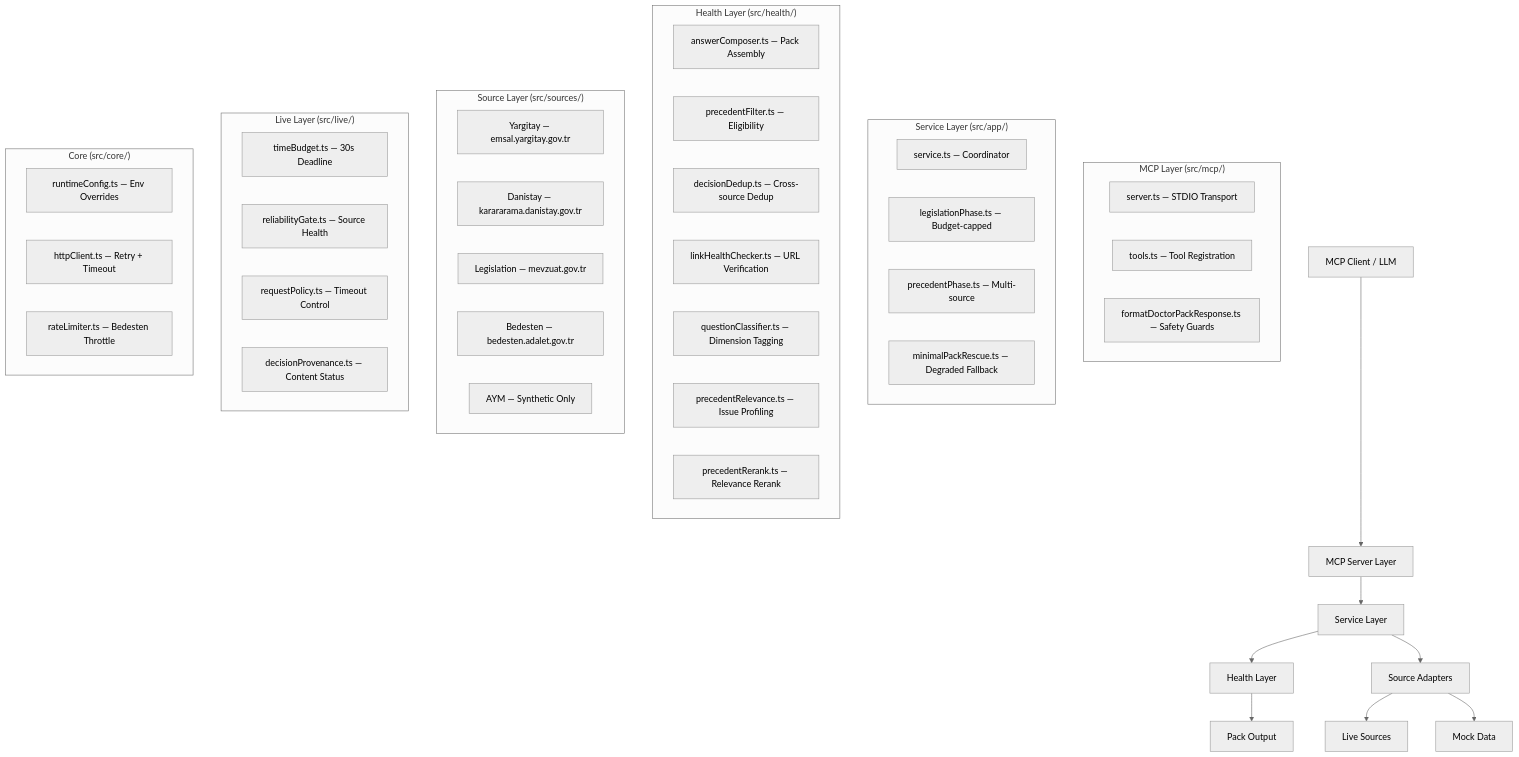
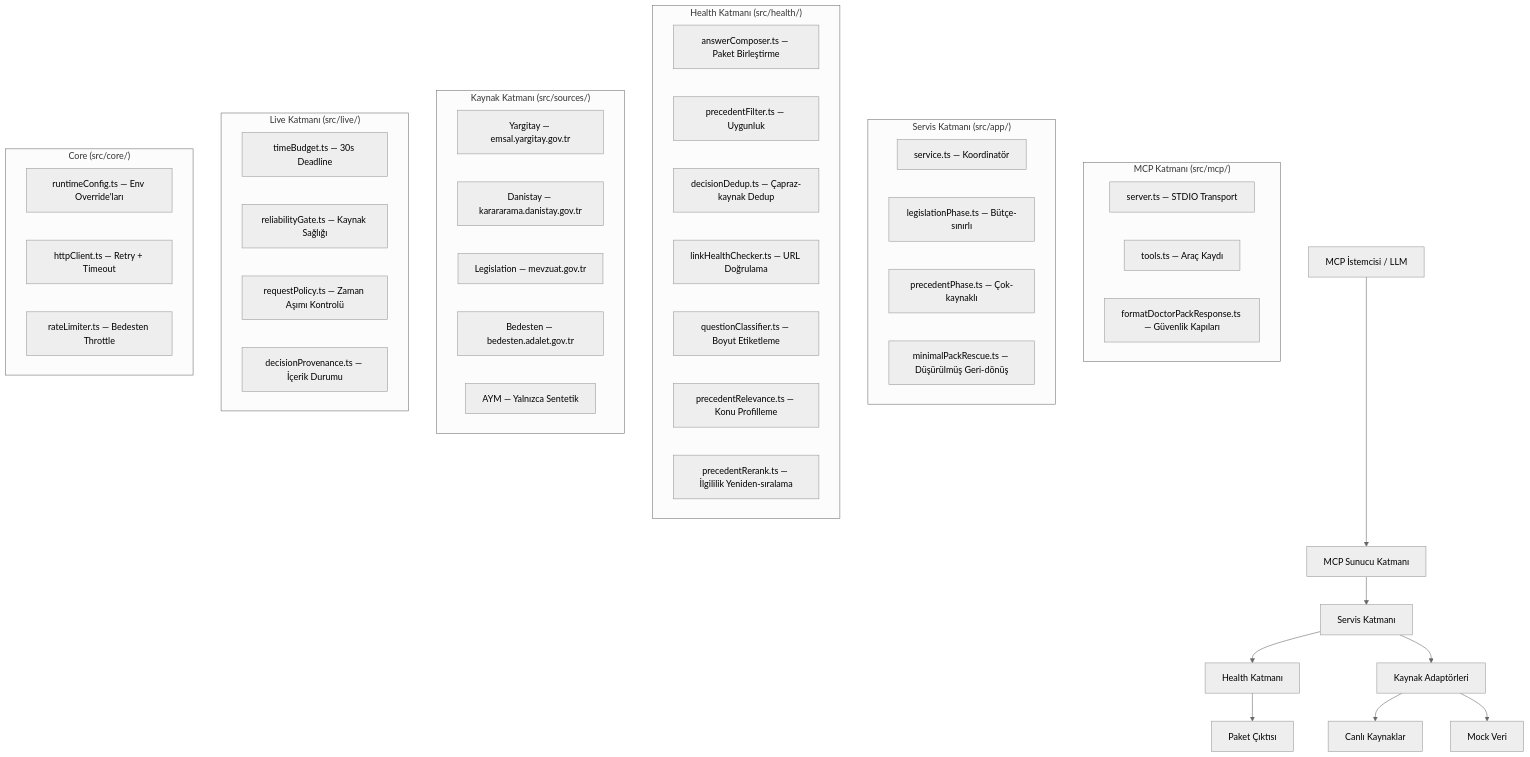
One commit to brachindul/doktor-mcp changed the first of 2 diagrams in docs/ARCHITECTURE.md. Above: the diagram before and after it, drawn with Mermaid (neutral theme). The commit also changed other lines of this file and 3 other files, not shown here.

Commit message:
docs(i18n): translate ARCHITECTURE, LIVE_SOURCE_CALIBRATION, PACK_AUDIT, SECURITY_REVIEW to Turkish

````diff
--- a/docs/ARCHITECTURE.md
+++ b/docs/ARCHITECTURE.md
@@ -11,54 +11,54 @@
 ```mermaid
 graph TD
-    A[MCP Client / LLM] --> B[MCP Server Layer]
-    B --> C[Service Layer]
-    C --> D[Health Layer]
-    C --> E[Source Adapters]
-    E --> F[Live Sources]
-    E --> G[Mock Data]
-    D --> H[Pack Output]
+    A[MCP İstemcisi / LLM] --> B[MCP Sunucu Katmanı]
+    B --> C[Servis Katmanı]
+    C --> D[Health Katmanı]
+    C --> E[Kaynak Adaptörleri]
+    E --> F[Canlı Kaynaklar]
+    E --> G[Mock Veri]
+    D --> H[Paket Çıktısı]
 
-    subgraph "MCP Layer (src/mcp/)"
+    subgraph "MCP Katmanı (src/mcp/)"
         B1[server.ts — STDIO Transport]
-        B2[tools.ts — Tool Registration]
-        B3[formatDoctorPackResponse.ts — Safety Guards]
+        B2[tools.ts — Araç Kaydı]
+        B3[formatDoctorPackResponse.ts — Güvenlik Kapıları]
     end
 
-    subgraph "Service Layer (src/app/)"
-        C1[service.ts — Coordinator]
-        C2[legislationPhase.ts — Budget-capped]
-        C3[precedentPhase.ts — Multi-source]
-        C4[minimalPackRescue.ts — Degraded Fallback]
+    subgraph "Servis Katmanı (src/app/)"
+        C1[service.ts — Koordinatör]
+        C2[legislationPhase.ts — Bütçe-sınırlı]
+        C3[precedentPhase.ts — Çok-kaynaklı]
+        C4[minimalPackRescue.ts — Düşürülmüş Geri-dönüş]
     end
 
-    subgraph "Health Layer (src/health/)"
-        D1[answerComposer.ts — Pack Assembly]
-        D2[precedentFilter.ts — Eligibility]
-        D3[decisionDedup.ts — Cross-source Dedup]
-        D4[linkHealthChecker.ts — URL Verification]
-        D5[questionClassifier.ts — Dimension Tagging]
-        D6[precedentRelevance.ts — Issue Profiling]
-        D7[precedentRerank.ts — Relevance Rerank]
+    subgraph "Health Katmanı (src/health/)"
+        D1[answerComposer.ts — Paket Birleştirme]
+        D2[precedentFilter.ts — Uygunluk]
+        D3[decisionDedup.ts — Çapraz-kaynak Dedup]
+        D4[linkHealthChecker.ts — URL Doğrulama]
+        D5[questionClassifier.ts — Boyut Etiketleme]
+        D6[precedentRelevance.ts — Konu Profilleme]
+        D7[precedentRerank.ts — İlgililik Yeniden-sıralama]
     end
 
-    subgraph "Source Layer (src/sources/)"
+    subgraph "Kaynak Katmanı (src/sources/)"
         E1[Yargitay — emsal.yargitay.gov.tr]
         E2[Danistay — karararama.danistay.gov.tr]
         E3[Legislation — mevzuat.gov.tr]
         E4[Bedesten — bedesten.adalet.gov.tr]
-        E5[AYM — Synthetic Only]
+        E5[AYM — Yalnızca Sentetik]
     end
 
-    subgraph "Live Layer (src/live/)"
+    subgraph "Live Katmanı (src/live/)"
         F1[timeBudget.ts — 30s Deadline]
-        F2[reliabilityGate.ts — Source Health]
-        F3[requestPolicy.ts — Timeout Control]
-        F4[decisionProvenance.ts — Content Status]
+        F2[reliabilityGate.ts — Kaynak Sağlığı]
+        F3[requestPolicy.ts — Zaman Aşımı Kontrolü]
+        F4[decisionProvenance.ts — İçerik Durumu]
     end
 
     subgraph "Core (src/core/)"
-        G1[runtimeConfig.ts — Env Overrides]
+        G1[runtimeConfig.ts — Env Override'ları]
         G2[httpClient.ts — Retry + Timeout]
         G3[rateLimiter.ts — Bedesten Throttle]
     end
 ```
````
